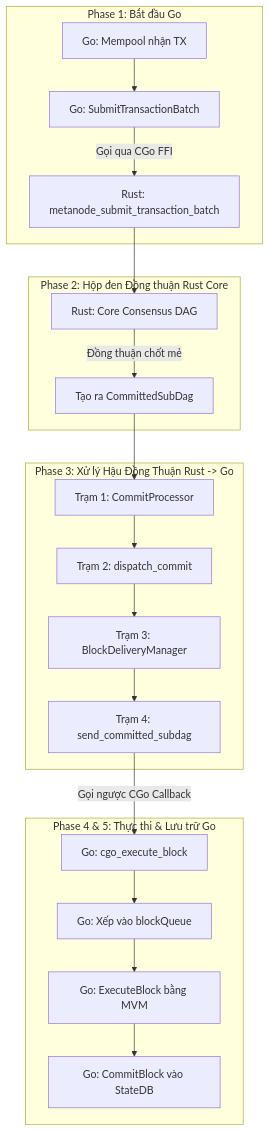
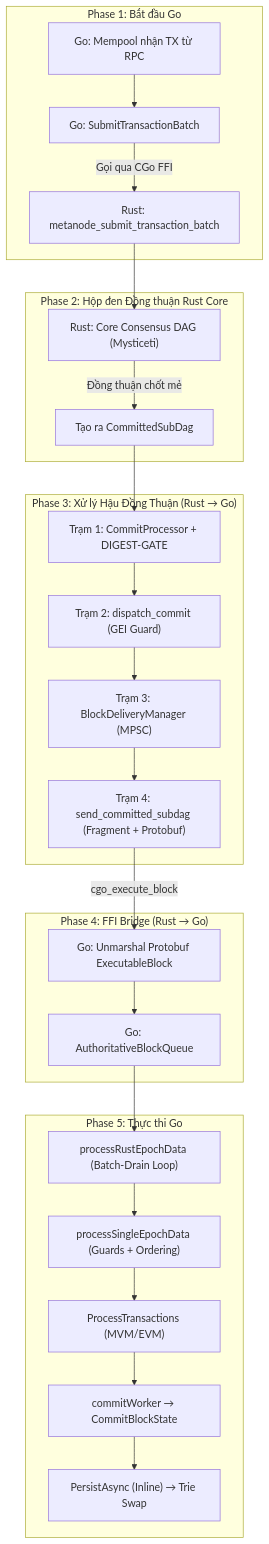
One commit to x3pi/metanode changed the first of 2 diagrams in consensus/metanode/docs/block_flow_go_rust/block_flow_go_rust.md. Above: the diagram before and after it, drawn with Mermaid. The commit also changed other lines of this file and 17 other files, not shown here.

````diff
--- a/consensus/metanode/docs/block_flow_go_rust/block_flow_go_rust.md
+++ b/consensus/metanode/docs/block_flow_go_rust/block_flow_go_rust.md
@@ -9,30 +9,37 @@
 ```mermaid
 flowchart TD
     %% Giai đoạn 1: Go -> Rust
-    subgraph Phase1 [Phase 1: Bắt đầu Go]
-        A[Go: Mempool nhận TX] --> B[Go: SubmitTransactionBatch]
-        B -->|Gọi qua CGo FFI| C[Rust: metanode_submit_transaction_batch]
+    subgraph Phase1 ["Phase 1: Bắt đầu Go"]
+        A["Go: Mempool nhận TX từ RPC"] --> B["Go: SubmitTransactionBatch"]
+        B -->|"Gọi qua CGo FFI"| C["Rust: metanode_submit_transaction_batch"]
     end
 
     %% Giai đoạn 2: Hộp đen Consensus
-    subgraph Phase2 [Phase 2: Hộp đen Đồng thuận Rust Core]
-        C --> D[Rust: Core Consensus DAG]
-        D -->|Đồng thuận chốt mẻ| E[Tạo ra CommittedSubDag]
+    subgraph Phase2 ["Phase 2: Hộp đen Đồng thuận Rust Core"]
+        C --> D["Rust: Core Consensus DAG (Mysticeti)"]
+        D -->|"Đồng thuận chốt mẻ"| E["Tạo ra CommittedSubDag"]
     end
 
     %% Giai đoạn 3: Hậu đồng thuận
-    subgraph Phase3 [Phase 3: Xử lý Hậu Đồng Thuận Rust -> Go]
-        E --> F[Trạm 1: CommitProcessor]
-        F --> G[Trạm 2: dispatch_commit]
-        G --> H[Trạm 3: BlockDeliveryManager]
-        H --> I[Trạm 4: send_committed_subdag]
+    subgraph Phase3 ["Phase 3: Xử lý Hậu Đồng Thuận (Rust → Go)"]
+        E --> F["Trạm 1: CommitProcessor + DIGEST-GATE"]
+        F --> G["Trạm 2: dispatch_commit (GEI Guard)"]
+        G --> H["Trạm 3: BlockDeliveryManager (MPSC)"]
+        H --> I["Trạm 4: send_committed_subdag (Fragment + Protobuf)"]
     end
 
-    %% Giai đoạn 4 & 5: Go thực thi
-    subgraph Phase45 [Phase 4 & 5: Thực thi & Lưu trữ Go]
-        I -->|Gọi ngược CGo Callback| J[Go: cgo_execute_block]
-        J --> K[Go: Xếp vào blockQueue]
-        K --> L[Go: ExecuteBlock bằng MVM]
-        L --> M[Go: CommitBlock vào StateDB]
+    %% Giai đoạn 4: CGo FFI
+    subgraph Phase4 ["Phase 4: FFI Bridge (Rust → Go)"]
+        I -->|"cgo_execute_block"| J["Go: Unmarshal Protobuf ExecutableBlock"]
+        J --> K["Go: AuthoritativeBlockQueue"]
+    end
+
+    %% Giai đoạn 5: Go xử lý
+    subgraph Phase5 ["Phase 5: Thực thi Go"]
+        K --> L["processRustEpochData (Batch-Drain Loop)"]
+        L --> M["processSingleEpochData (Guards + Ordering)"]
+        M --> N["ProcessTransactions (MVM/EVM)"]
+        N --> O["commitWorker → CommitBlockState"]
+        O --> P["PersistAsync (Inline) → Trie Swap"]
     end
 ```
````
